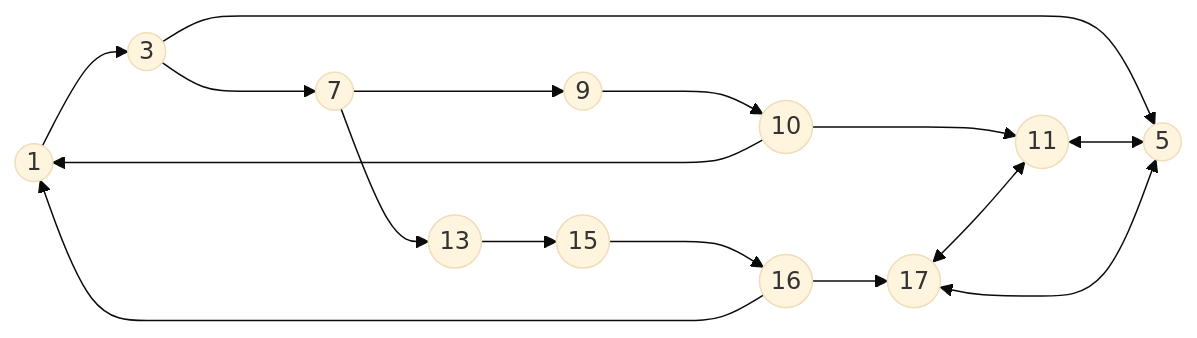
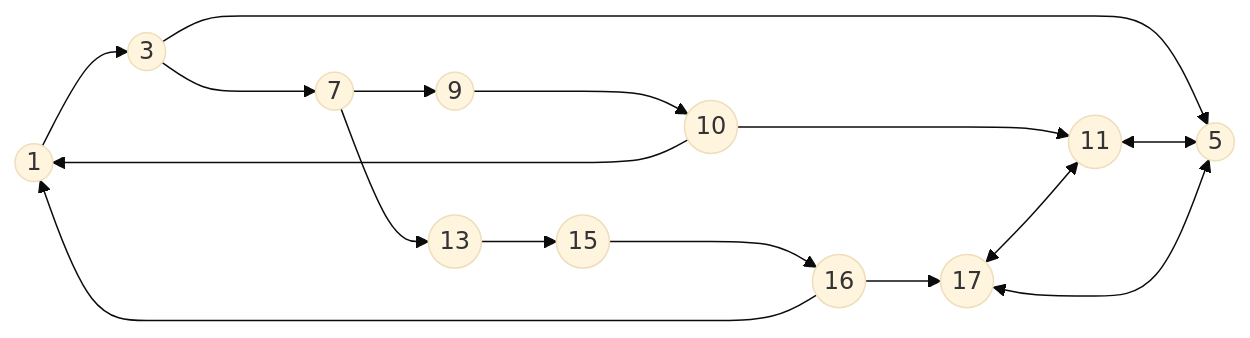
Before and after one commit to sd4483/Obsidian: the fourth of 4 diagrams in Software Testing/Labs/Lab 01.md, drawn with Mermaid (base theme). The commit also changed 1 other file, not shown here.

Commit message:
vault backup: 2023-02-24 15:10:51

````diff
--- a/Software Testing/Labs/Lab 01.md
+++ b/Software Testing/Labs/Lab 01.md
@@ -104,12 +104,12 @@
 ```mermaid
 flowchart LR
 	id1((1)) --> id3((3)) ---> id7((7)) --> id13((13))
 	id3 --> id5((5))
-	id7 ---> id9((9)) ---> id10((10)) --> id11((11))
+	id7 --> id9((9)) ---> id10((10)) --> id11((11))
 	id13 --> id15((15)) ---> id16((16)) --> id17((17))
 	id17 <--> id11
 	id11 <--> id5
 	id17 <--> id5
 	id10 --> id1
 	id16 --> id1
 ```
````
